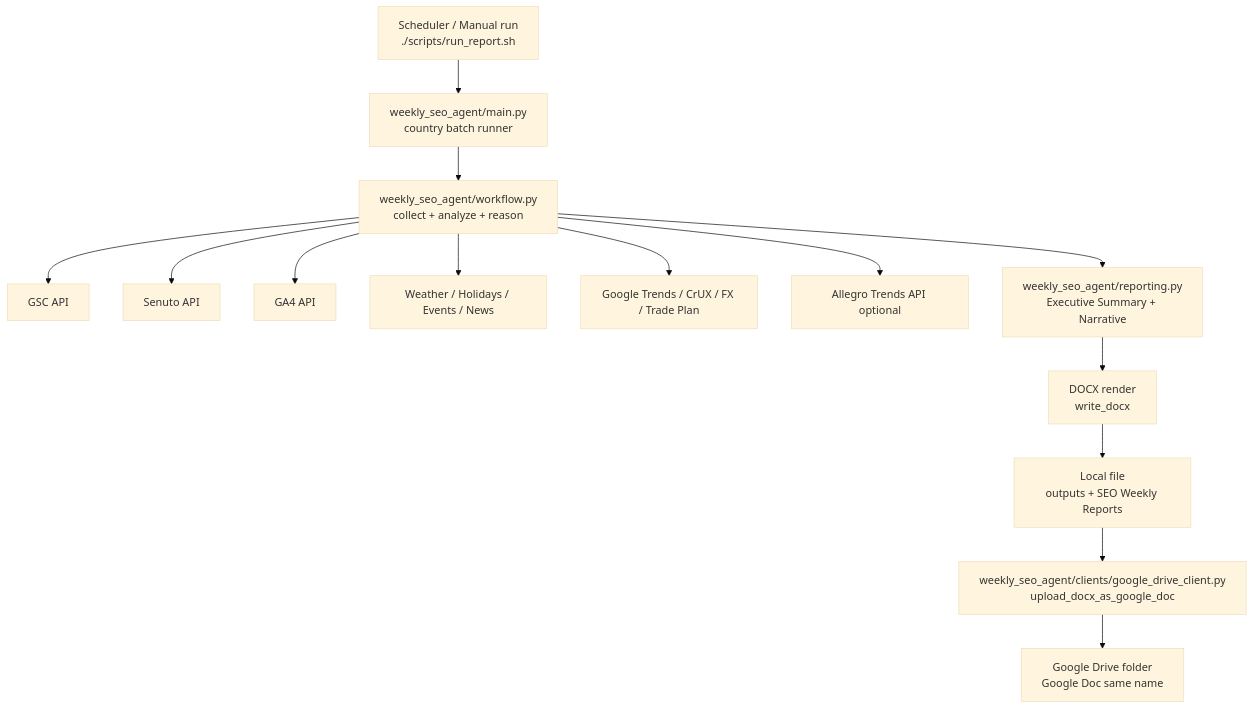
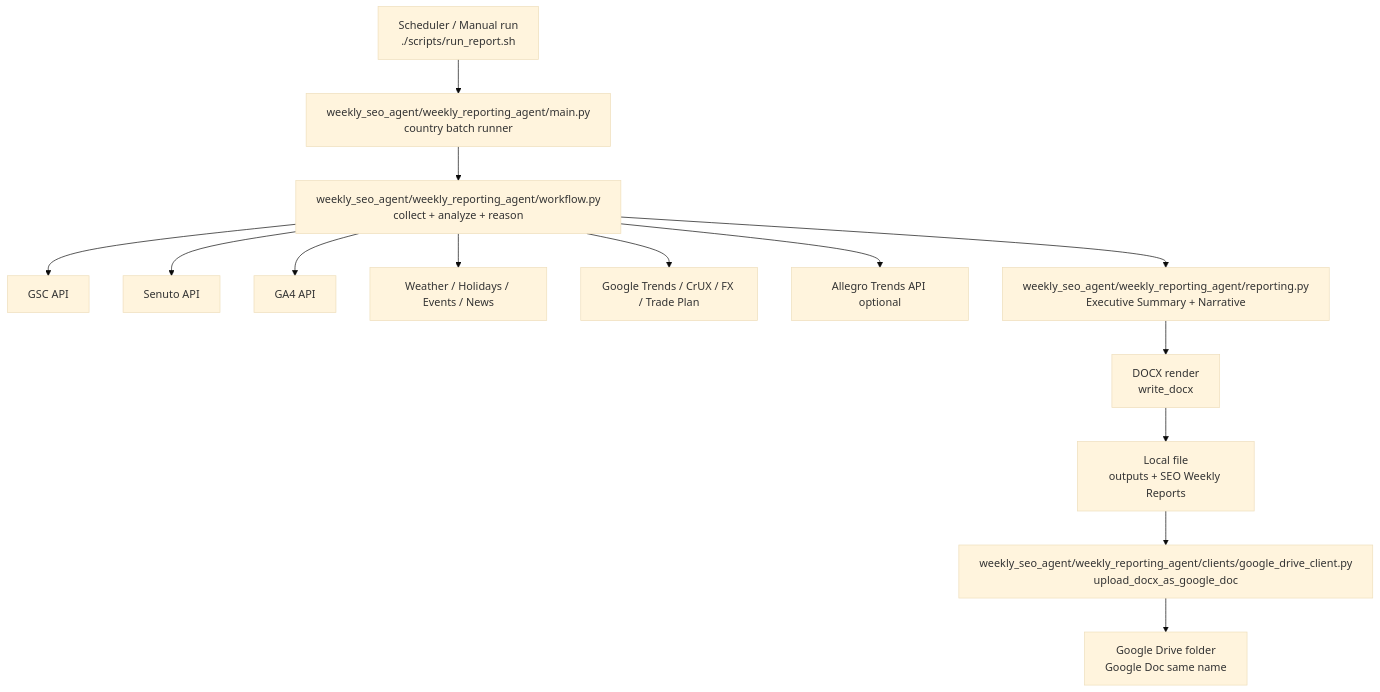
The diagram in agents/weekly-reporting-agent/ARCHITECTURE.md (SorontarX10/weekly-seo-agent), drawn with Mermaid (base theme) before and after one commit. The commit also changed other lines of this file and 60 other files, not shown here.

Commit message:
Refactor: move weekly reporting implementation into weekly_reporting_agent package with compatibility wrappers

````diff
--- a/agents/weekly-reporting-agent/ARCHITECTURE.md
+++ b/agents/weekly-reporting-agent/ARCHITECTURE.md
@@ -8,19 +8,19 @@
 ```mermaid
 flowchart TD
-    A[Scheduler / Manual run\n./scripts/run_report.sh] --> B[weekly_seo_agent/main.py\ncountry batch runner]
-    B --> C[weekly_seo_agent/workflow.py\ncollect + analyze + reason]
+    A[Scheduler / Manual run\n./scripts/run_report.sh] --> B[weekly_seo_agent/weekly_reporting_agent/main.py\ncountry batch runner]
+    B --> C[weekly_seo_agent/weekly_reporting_agent/workflow.py\ncollect + analyze + reason]
 
     C --> D1[GSC API]
     C --> D2[Senuto API]
     C --> D3[GA4 API]
     C --> D4[Weather / Holidays / Events / News]
     C --> D5[Google Trends / CrUX / FX / Trade Plan]
     C --> D6[Allegro Trends API optional]
 
-    C --> E[weekly_seo_agent/reporting.py\nExecutive Summary + Narrative]
+    C --> E[weekly_seo_agent/weekly_reporting_agent/reporting.py\nExecutive Summary + Narrative]
     E --> F[DOCX render\nwrite_docx]
     F --> G[Local file\noutputs + SEO Weekly Reports]
 
-    G --> H[weekly_seo_agent/clients/google_drive_client.py\nupload_docx_as_google_doc]
+    G --> H[weekly_seo_agent/weekly_reporting_agent/clients/google_drive_client.py\nupload_docx_as_google_doc]
     H --> I[Google Drive folder\nGoogle Doc same name]
 ```
````
